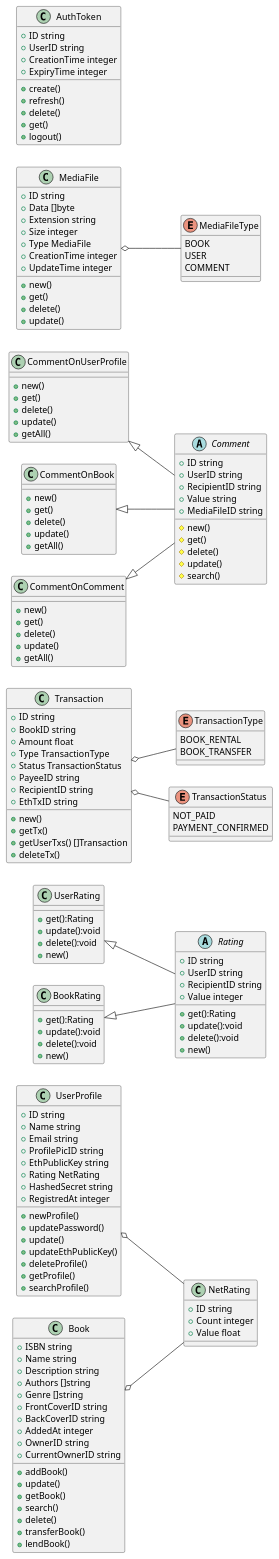
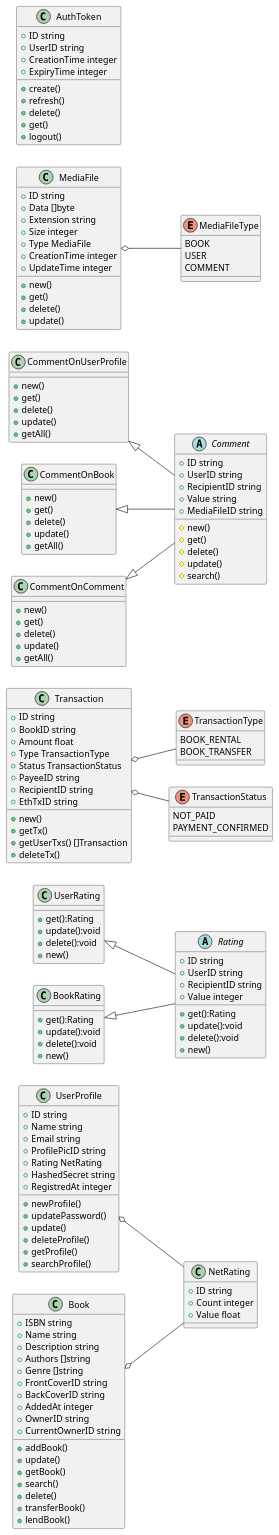
The diagram in docs/uml/class.puml (Zzocker/book-labs), drawn with PlantUML before and after one commit. The commit also changed 1 other file, not shown here.

Commit message:
service(userprofile): removed eth address from the model

```diff
--- a/docs/uml/class.puml
+++ b/docs/uml/class.puml
@@ -1,196 +1,194 @@
 @startuml
 
 left to right direction
 
 class UserProfile{
     + ID string
     + Name string
     + Email string
     + ProfilePicID string
-    + EthPublicKey string
     + Rating NetRating
     + HashedSecret string
     + RegistredAt integer
 
     + newProfile()
     + updatePassword()
     + update()
-    + updateEthPublicKey()
     + deleteProfile()
     + getProfile()
     + searchProfile()
 }
 
 class NetRating{
     + ID string
     + Count integer
     + Value float
 }
 
 UserProfile o-- NetRating
 
 abstract class Rating{
     + ID string
     + UserID string
     + RecipientID string
     + Value integer
 
     + get():Rating
     + update():void
     + delete():void
     + new()
 }
 
 class UserRating{
     + get():Rating
     + update():void
     + delete():void
     + new()
 }
 class BookRating{
     + get():Rating
     + update():void
     + delete():void
     + new()
 }
 
 
 UserRating <|-- Rating
 BookRating <|-- Rating 
 
 
 class Book{
     + ISBN string
     + Name string
     + Description string
     + Authors []string
     + Genre []string
     + FrontCoverID string
     + BackCoverID string
     + AddedAt integer
     + OwnerID string
     + CurrentOwnerID string
 
     + addBook()
     + update()
     + getBook()
     + search()
     + delete()
     + transferBook()
     + lendBook()
 }
 
 Book o-- NetRating
 
 class Transaction{
     + ID string
     + BookID string
     + Amount float
     + Type TransactionType
     + Status TransactionStatus
     + PayeeID string
     + RecipientID string
     + EthTxID string
 
     + new()
     + getTx()
     + getUserTxs() []Transaction
     + deleteTx()
 }
 
 Transaction o-- TransactionType
 Transaction o-- TransactionStatus
 
 enum TransactionType{
     BOOK_RENTAL
     BOOK_TRANSFER
 }
 
 enum TransactionStatus{
     NOT_PAID
     PAYMENT_CONFIRMED
 }
 
 abstract class Comment{
     + ID string
     + UserID string
     + RecipientID string
     + Value string
     + MediaFileID string
 
     # new()
     # get()
     # delete()
     # update()
     # search()
 }
 
 
 class CommentOnUserProfile{
     + new()
     + get()
     + delete()
     + update()
     + getAll() 
 }
 
 class CommentOnBook{
     + new()
     + get()
     + delete()
     + update()
     + getAll() 
 }
 
 class CommentOnComment{
     + new()
     + get()
     + delete()
     + update()
     + getAll() 
 }
 
 CommentOnUserProfile <|-- Comment
 CommentOnBook <|-- Comment
 CommentOnComment <|-- Comment
 
 class MediaFile{
     + ID string
     + Data []byte
     + Extension string
     + Size integer
     + Type MediaFile
     + CreationTime integer
     + UpdateTime integer
 
     + new()
     + get()
     + delete()
     + update()
 }
 
 enum MediaFileType{
     BOOK
     USER
     COMMENT
 }
 
 MediaFile o-- MediaFileType
 
 
 class AuthToken{
     + ID string
     + UserID string
     + CreationTime integer
     + ExpiryTime integer
 
     + create()
     + refresh()
     + delete()
     + get()
     + logout()
 }
 
 
 
 @enduml
```
